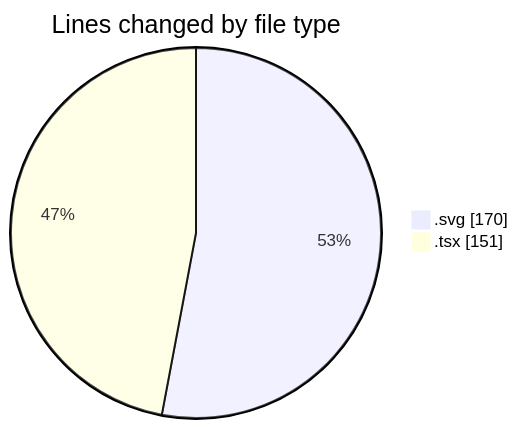
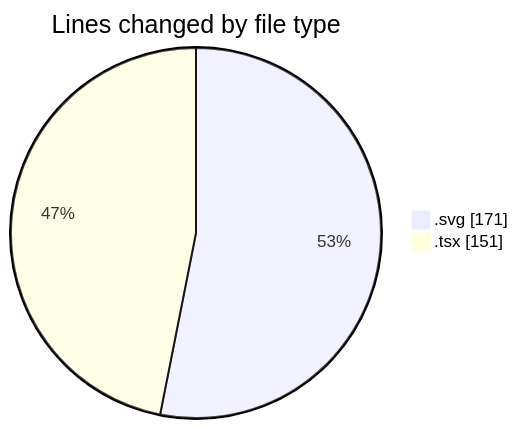
One commit to EIIisD/code-tracking changed the first of 2 diagrams in 2025-08-06/tw-server/README.md. Above: the diagram before and after it, drawn with Mermaid. The commit also changed other lines of this file and 1 other file, not shown here.

````diff
--- a/2025-08-06/tw-server/README.md
+++ b/2025-08-06/tw-server/README.md
@@ -22,6 +22,6 @@
 ```mermaid
 pie showData
 title Lines changed by file type
-".svg" : 170
+".svg" : 171
 ".tsx" : 151
 ```
````
